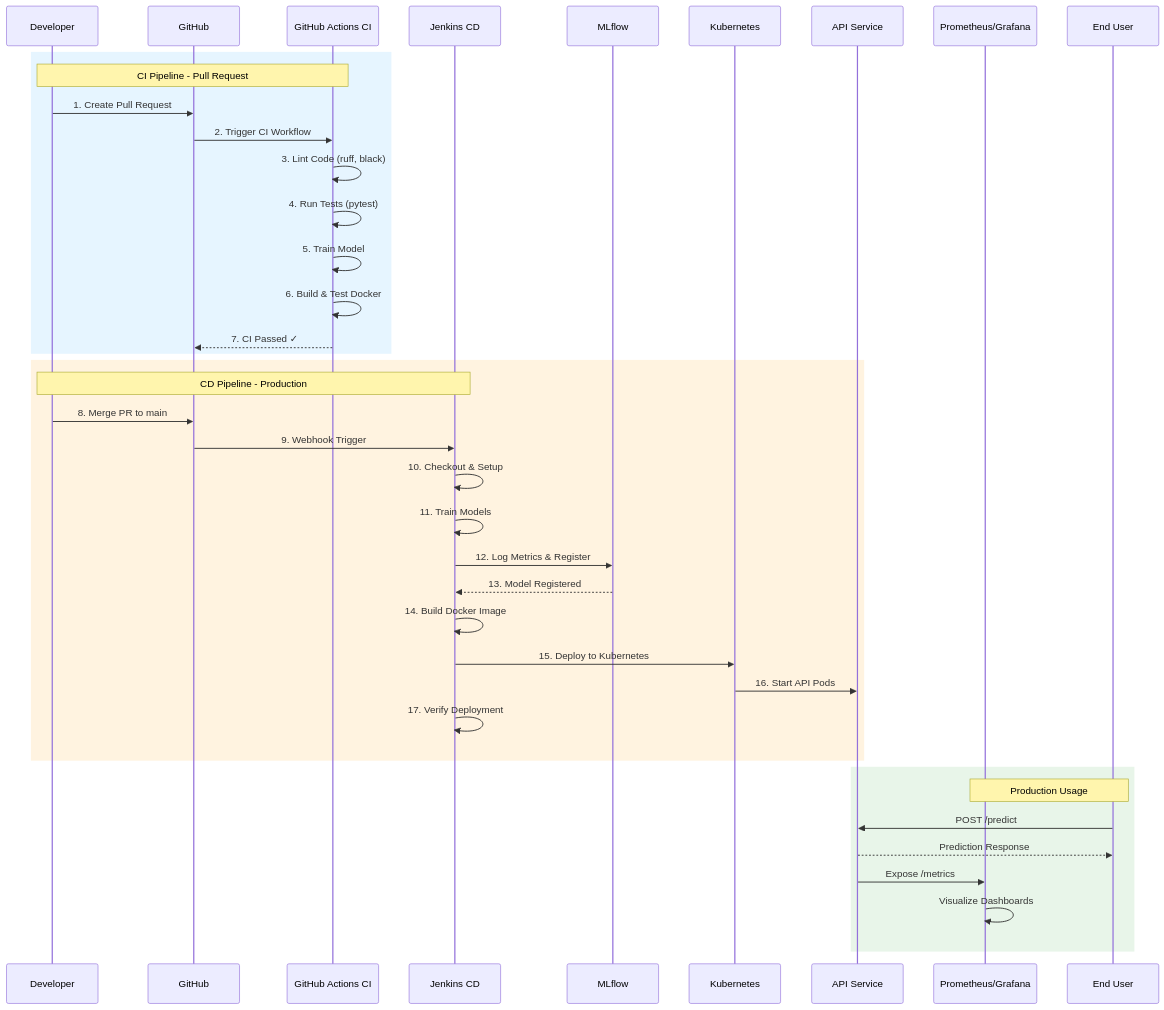
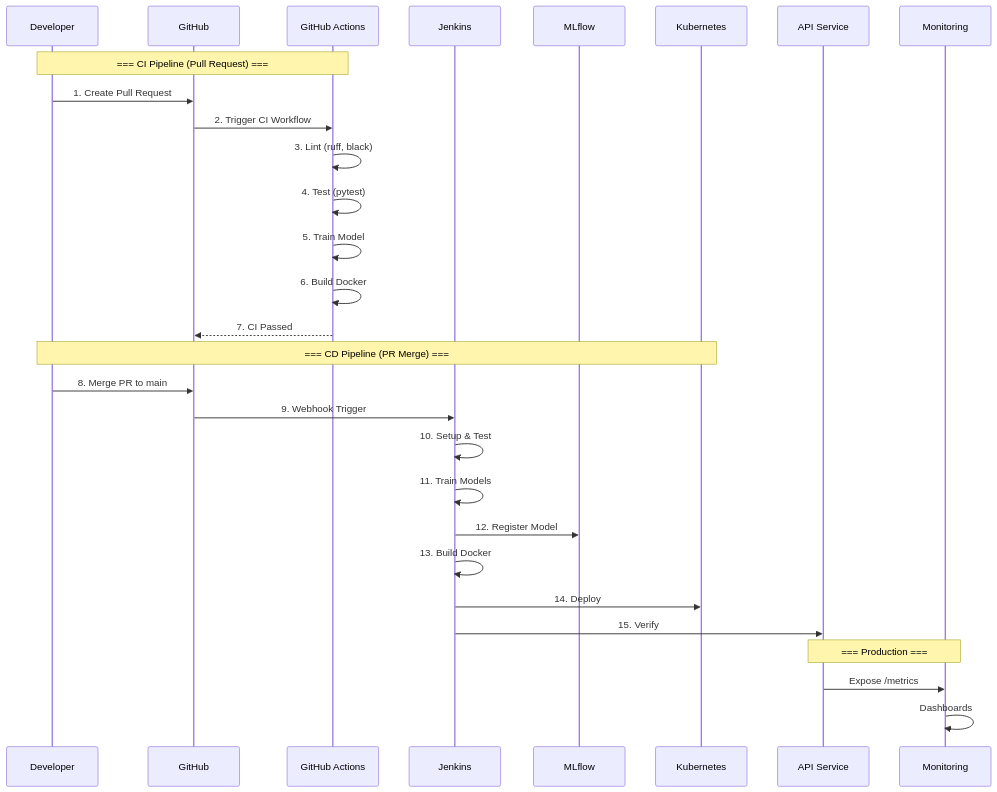
The second of 9 diagrams in README.md (2024aa05820/heart-disease-mlops), drawn with Mermaid before and after one commit.

Commit message:
Fix Component Interaction Flow - remove colored rectangles for better visibility
- Remove rect rgb() blocks that caused text visibility issues
- Use simple Note sections to separate pipeline phases
- Cleaner, more readable sequence diagram
- Works well in both light and dark themes

````diff
--- a/README.md
+++ b/README.md
@@ -110,45 +110,34 @@
 ```mermaid
 sequenceDiagram
     participant Dev as Developer
     participant GH as GitHub
-    participant GA as GitHub Actions CI
-    participant J as Jenkins CD
+    participant GA as GitHub Actions
+    participant J as Jenkins
     participant MLF as MLflow
     participant K8s as Kubernetes
     participant API as API Service
-    participant Mon as Prometheus/Grafana
-    participant User as End User
-    
-    rect rgb(230, 245, 255)
-        Note over Dev,GA: CI Pipeline - Pull Request
-        Dev->>GH: 1. Create Pull Request
-        GH->>GA: 2. Trigger CI Workflow
-        GA->>GA: 3. Lint Code (ruff, black)
-        GA->>GA: 4. Run Tests (pytest)
-        GA->>GA: 5. Train Model
-        GA->>GA: 6. Build & Test Docker
-        GA-->>GH: 7. CI Passed ✓
-    end
-    
-    rect rgb(255, 243, 224)
-        Note over Dev,J: CD Pipeline - Production
-        Dev->>GH: 8. Merge PR to main
-        GH->>J: 9. Webhook Trigger
-        J->>J: 10. Checkout & Setup
-        J->>J: 11. Train Models
-        J->>MLF: 12. Log Metrics & Register
-        MLF-->>J: 13. Model Registered
-        J->>J: 14. Build Docker Image
-        J->>K8s: 15. Deploy to Kubernetes
-        K8s->>API: 16. Start API Pods
-        J->>J: 17. Verify Deployment
-    end
-    
-    rect rgb(232, 245, 233)
-        Note over User,Mon: Production Usage
-        User->>API: POST /predict
-        API-->>User: Prediction Response
-        API->>Mon: Expose /metrics
-        Mon->>Mon: Visualize Dashboards
-    end
+    participant Mon as Monitoring
+
+    Note over Dev,GA: === CI Pipeline (Pull Request) ===
+    Dev->>GH: 1. Create Pull Request
+    GH->>GA: 2. Trigger CI Workflow
+    GA->>GA: 3. Lint (ruff, black)
+    GA->>GA: 4. Test (pytest)
+    GA->>GA: 5. Train Model
+    GA->>GA: 6. Build Docker
+    GA-->>GH: 7. CI Passed
+
+    Note over Dev,K8s: === CD Pipeline (PR Merge) ===
+    Dev->>GH: 8. Merge PR to main
+    GH->>J: 9. Webhook Trigger
+    J->>J: 10. Setup & Test
+    J->>J: 11. Train Models
+    J->>MLF: 12. Register Model
+    J->>J: 13. Build Docker
+    J->>K8s: 14. Deploy
+    J->>API: 15. Verify
+
+    Note over API,Mon: === Production ===
+    API->>Mon: Expose /metrics
+    Mon->>Mon: Dashboards
 ```
````
